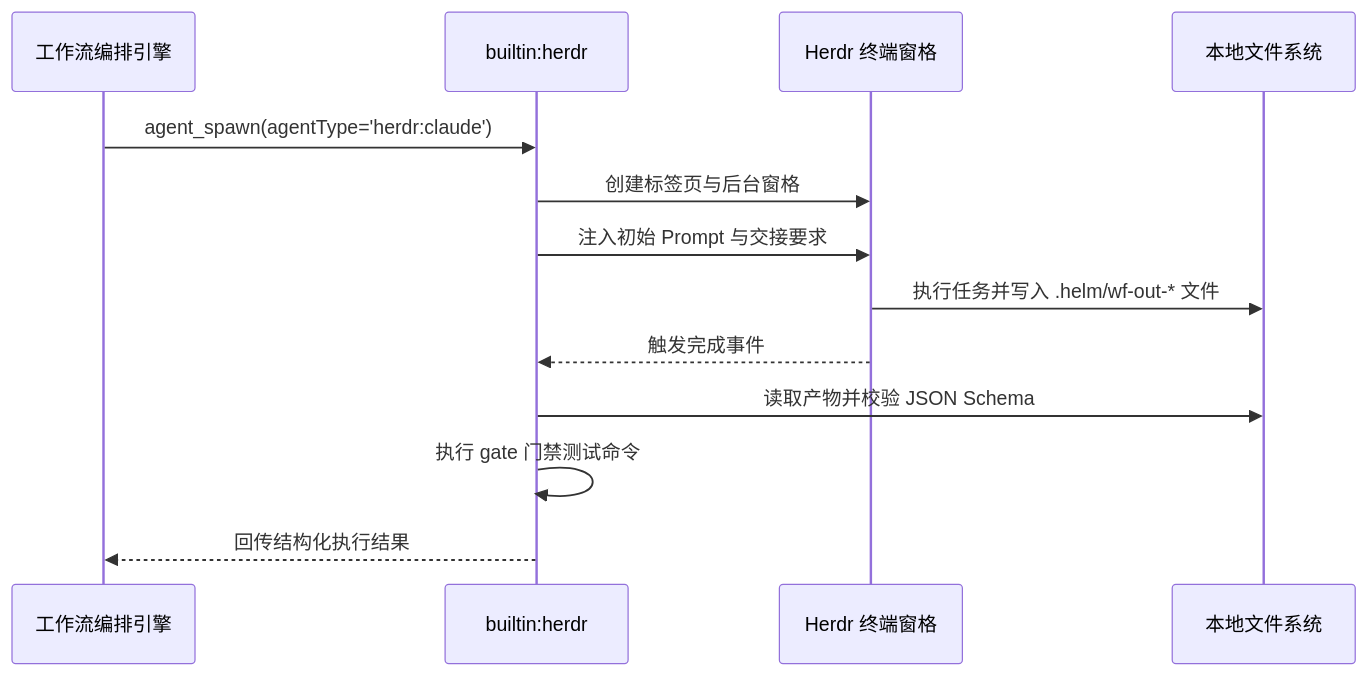
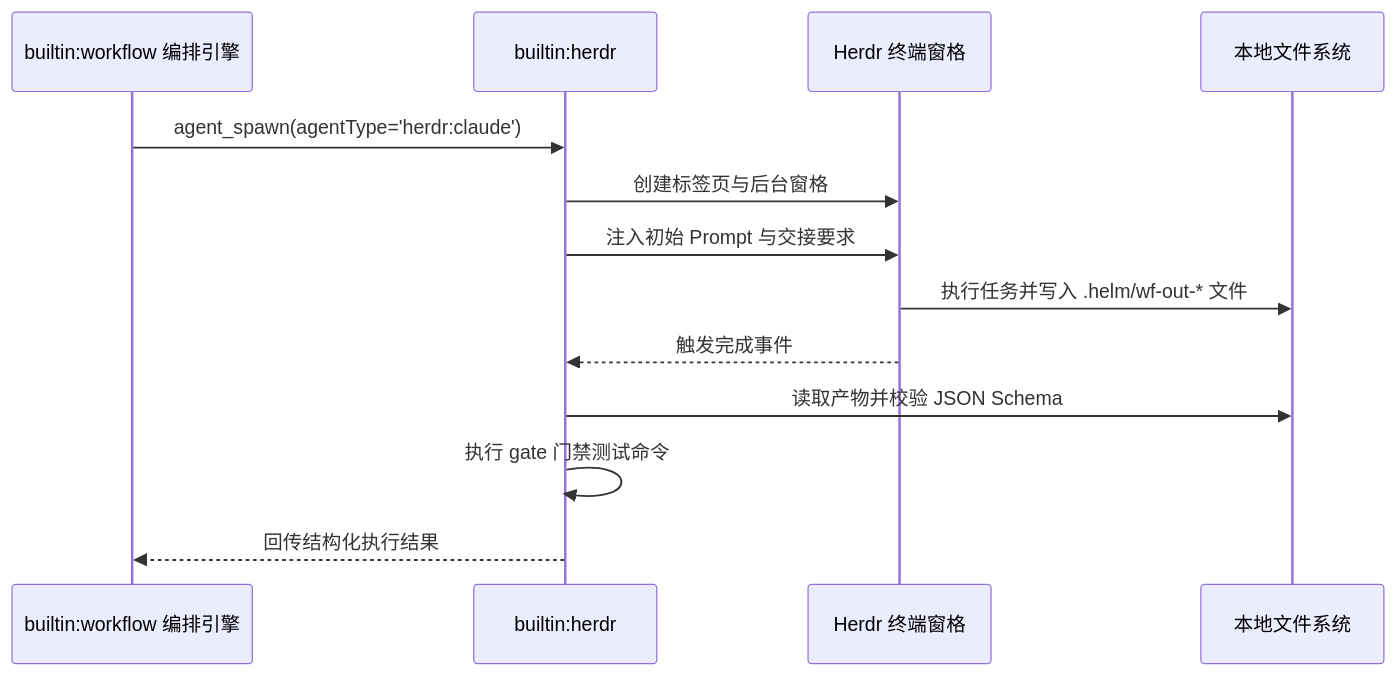
One commit to team4u/helm changed the second of 3 diagrams in docs/plugins/herdr.md. Above: the diagram before and after it, drawn with Mermaid. The commit also changed other lines of this file and 14 other files, not shown here.

````diff
--- a/docs/plugins/herdr.md
+++ b/docs/plugins/herdr.md
@@ -62,16 +62,16 @@
 ```mermaid
 sequenceDiagram
-    participant Engine as 工作流编排引擎
+    participant Engine as builtin:workflow 编排引擎
     participant Plugin as builtin:herdr
     participant Herdr as Herdr 终端窗格
     participant Disk as 本地文件系统
 
     Engine->>Plugin: agent_spawn(agentType='herdr:claude')
     Plugin->>Herdr: 创建标签页与后台窗格
     Plugin->>Herdr: 注入初始 Prompt 与交接要求
     Herdr->>Disk: 执行任务并写入 .helm/wf-out-* 文件
     Herdr-->>Plugin: 触发完成事件
     Plugin->>Disk: 读取产物并校验 JSON Schema
     Plugin->>Plugin: 执行 gate 门禁测试命令
     Plugin-->>Engine: 回传结构化执行结果
 ```
````
